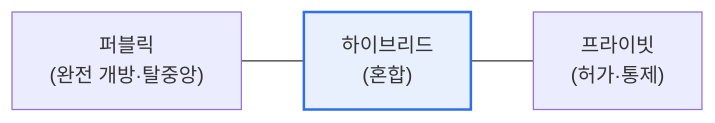
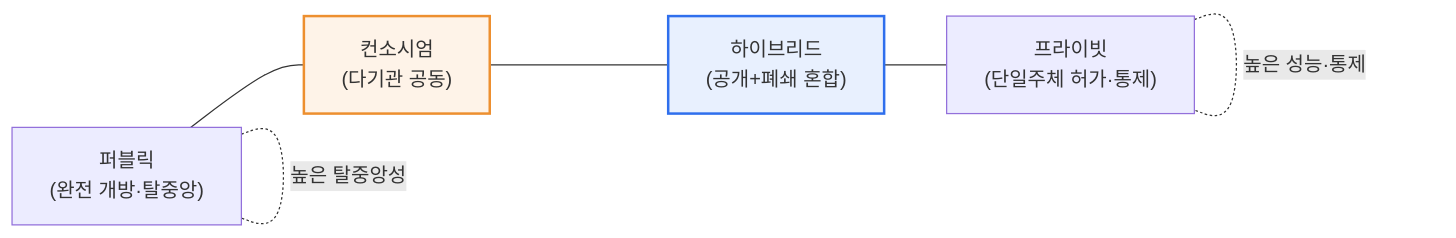
One commit to coninggu/wjdqhrhksflrltnftk changed the first of 2 diagrams in content/blockchain-types.md. Above: the diagram before and after it, drawn with Mermaid. The commit also changed other lines of this file and 3 other files, not shown here.

Commit message:
Deepen SATIN(위성-상공-지상 통합 무선 네트워크), 블록체인 유형(퍼블릭·프라이빗·하이브리드) (auto)

````diff
--- a/content/blockchain-types.md
+++ b/content/blockchain-types.md
@@ -15,5 +19,8 @@
 ```mermaid
 flowchart LR
-  PUB["퍼블릭<br/>(완전 개방·탈중앙)"] --- HYB["하이브리드<br/>(혼합)"] --- PRI["프라이빗<br/>(허가·통제)"]
+  PUB["퍼블릭<br/>(완전 개방·탈중앙)"] --- CON["컨소시엄<br/>(다기관 공동)"] --- HYB["하이브리드<br/>(공개+폐쇄 혼합)"] --- PRI["프라이빗<br/>(단일주체 허가·통제)"]
+  PUB -.높은 탈중앙성.- PUB
+  PRI -.높은 성능·통제.- PRI
   style HYB fill:#e8f0fe,stroke:#2f6fed,stroke-width:2px
+  style CON fill:#fef3e8,stroke:#ed8f2f,stroke-width:2px
 ```
````
